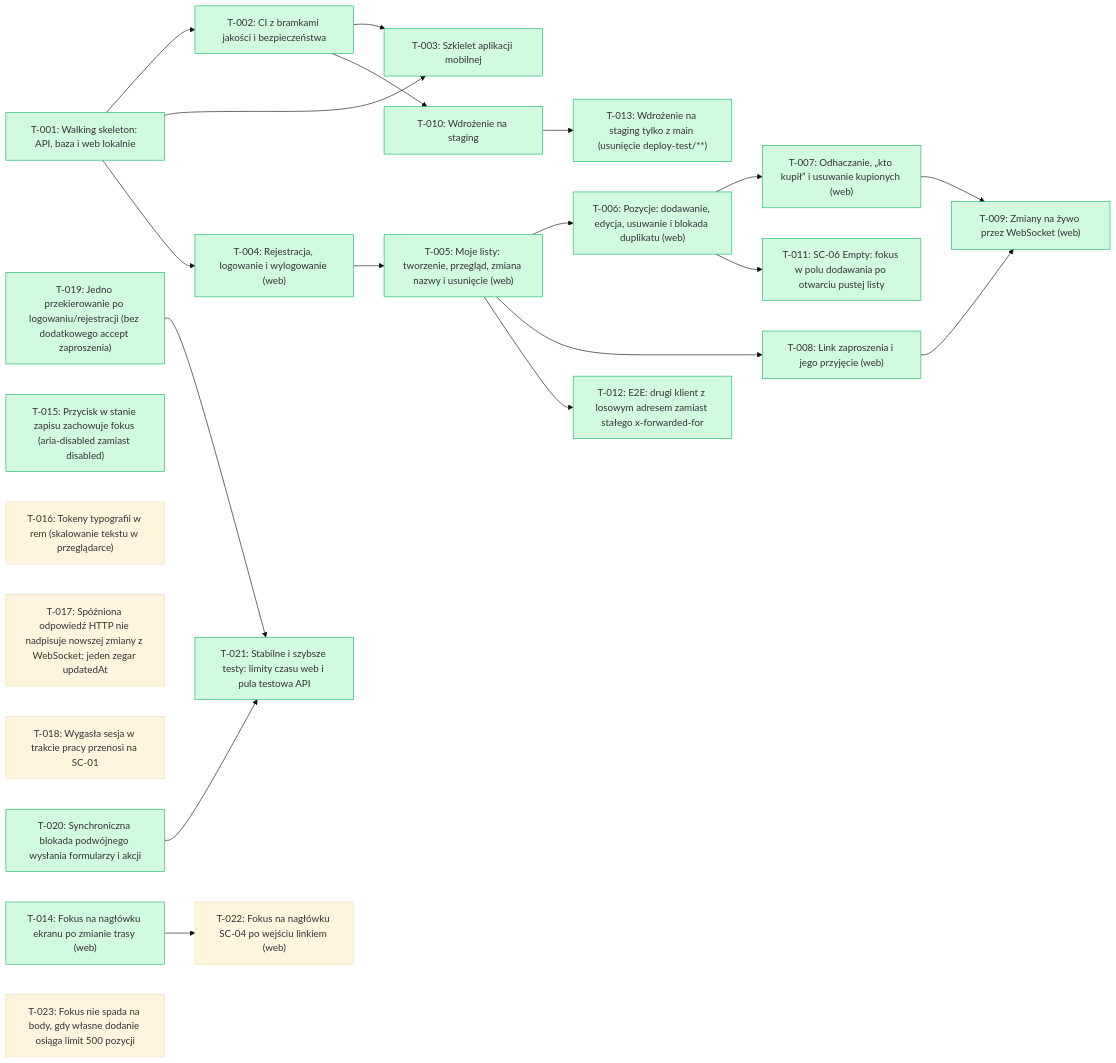
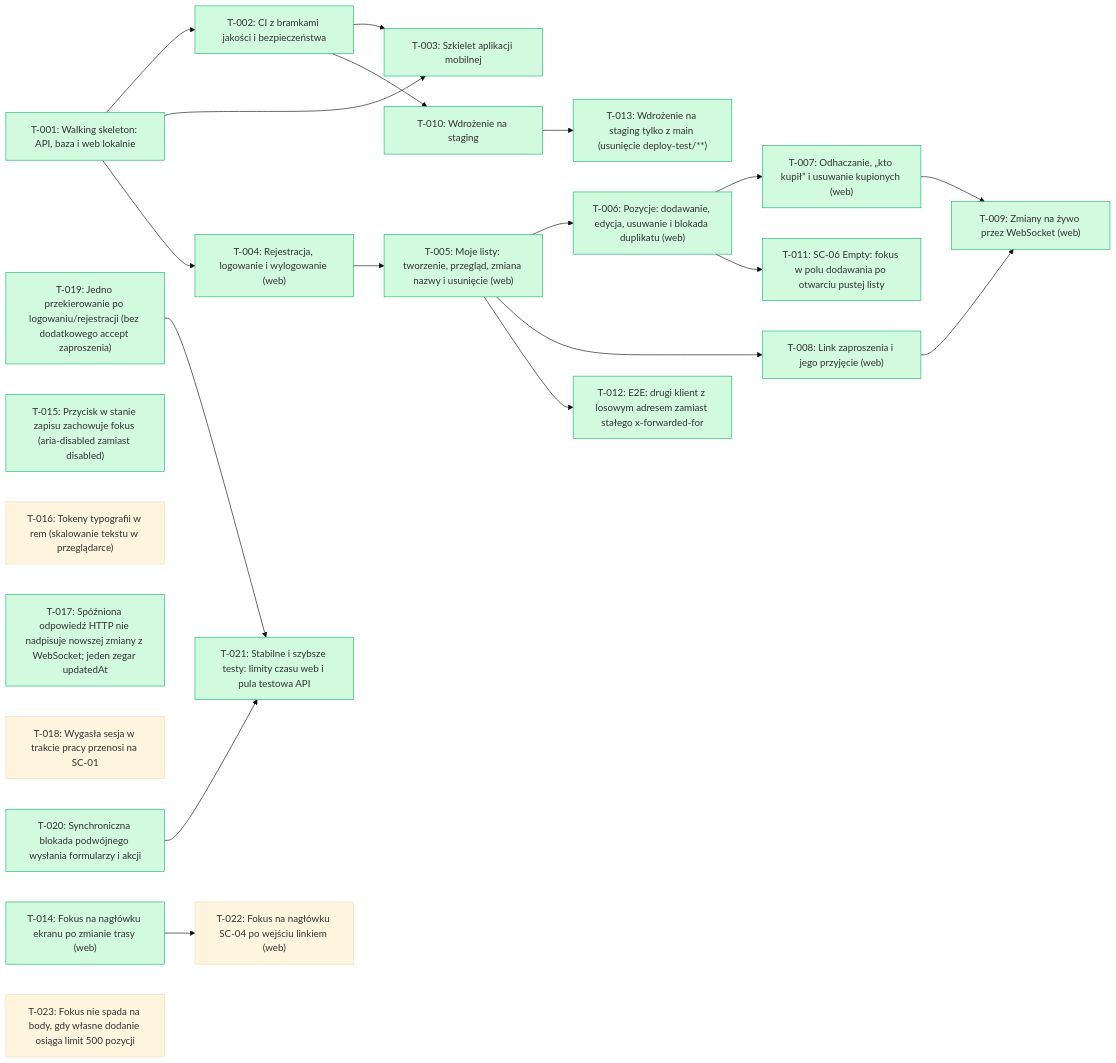
The diagram in docs/backlog/index.md (tombraz/lista-zakupow), drawn with Mermaid (base theme) before and after one commit. The commit also changed other lines of this file and 1 other file, not shown here.

````diff
--- a/docs/backlog/index.md
+++ b/docs/backlog/index.md
@@ -21,47 +20,47 @@
 ```mermaid
 flowchart LR
   T_001["T-001: Walking skeleton: API, baza i web lokalnie"]:::done
   T_002["T-002: CI z bramkami jakości i bezpieczeństwa"]:::done
   T_003["T-003: Szkielet aplikacji mobilnej"]:::done
   T_004["T-004: Rejestracja, logowanie i wylogowanie (web)"]:::done
   T_005["T-005: Moje listy: tworzenie, przegląd, zmiana nazwy i usunięcie (web)"]:::done
   T_006["T-006: Pozycje: dodawanie, edycja, usuwanie i blokada duplikatu (web)"]:::done
   T_007["T-007: Odhaczanie, „kto kupił” i usuwanie kupionych (web)"]:::done
   T_008["T-008: Link zaproszenia i jego przyjęcie (web)"]:::done
   T_009["T-009: Zmiany na żywo przez WebSocket (web)"]:::done
   T_010["T-010: Wdrożenie na staging"]:::done
   T_011["T-011: SC-06 Empty: fokus w polu dodawania po otwarciu pustej listy"]:::done
   T_012["T-012: E2E: drugi klient z losowym adresem zamiast stałego x-forwarded-for"]:::done
   T_013["T-013: Wdrożenie na staging tylko z main (usunięcie deploy-test/**)"]:::done
   T_014["T-014: Fokus na nagłówku ekranu po zmianie trasy (web)"]:::done
   T_015["T-015: Przycisk w stanie zapisu zachowuje fokus (aria-disabled zamiast disabled)"]:::done
   T_016["T-016: Tokeny typografii w rem (skalowanie tekstu w przeglądarce)"]
-  T_017["T-017: Spóźniona odpowiedź HTTP nie nadpisuje nowszej zmiany z WebSocket; jeden zegar updatedAt"]
+  T_017["T-017: Spóźniona odpowiedź HTTP nie nadpisuje nowszej zmiany z WebSocket; jeden zegar updatedAt"]:::done
   T_018["T-018: Wygasła sesja w trakcie pracy przenosi na SC-01"]
   T_019["T-019: Jedno przekierowanie po logowaniu/rejestracji (bez dodatkowego accept zaproszenia)"]:::done
   T_020["T-020: Synchroniczna blokada podwójnego wysłania formularzy i akcji"]:::done
   T_021["T-021: Stabilne i szybsze testy: limity czasu web i pula testowa API"]:::done
   T_022["T-022: Fokus na nagłówku SC-04 po wejściu linkiem (web)"]
   T_023["T-023: Fokus nie spada na body, gdy własne dodanie osiąga limit 500 pozycji"]
   T_001 --> T_002
   T_001 --> T_003
   T_002 --> T_003
   T_001 --> T_004
   T_004 --> T_005
   T_005 --> T_006
   T_006 --> T_007
   T_005 --> T_008
   T_007 --> T_009
   T_008 --> T_009
   T_002 --> T_010
   T_006 --> T_011
   T_005 --> T_012
   T_010 --> T_013
   T_019 --> T_021
   T_020 --> T_021
   T_014 --> T_022
   classDef done fill:#d1fadf,stroke:#12b76a
   classDef wip fill:#fef0c7,stroke:#f79009
   classDef qa fill:#e0eaff,stroke:#2970ff
   classDef blocked fill:#fee4e2,stroke:#f04438
 ```
````
